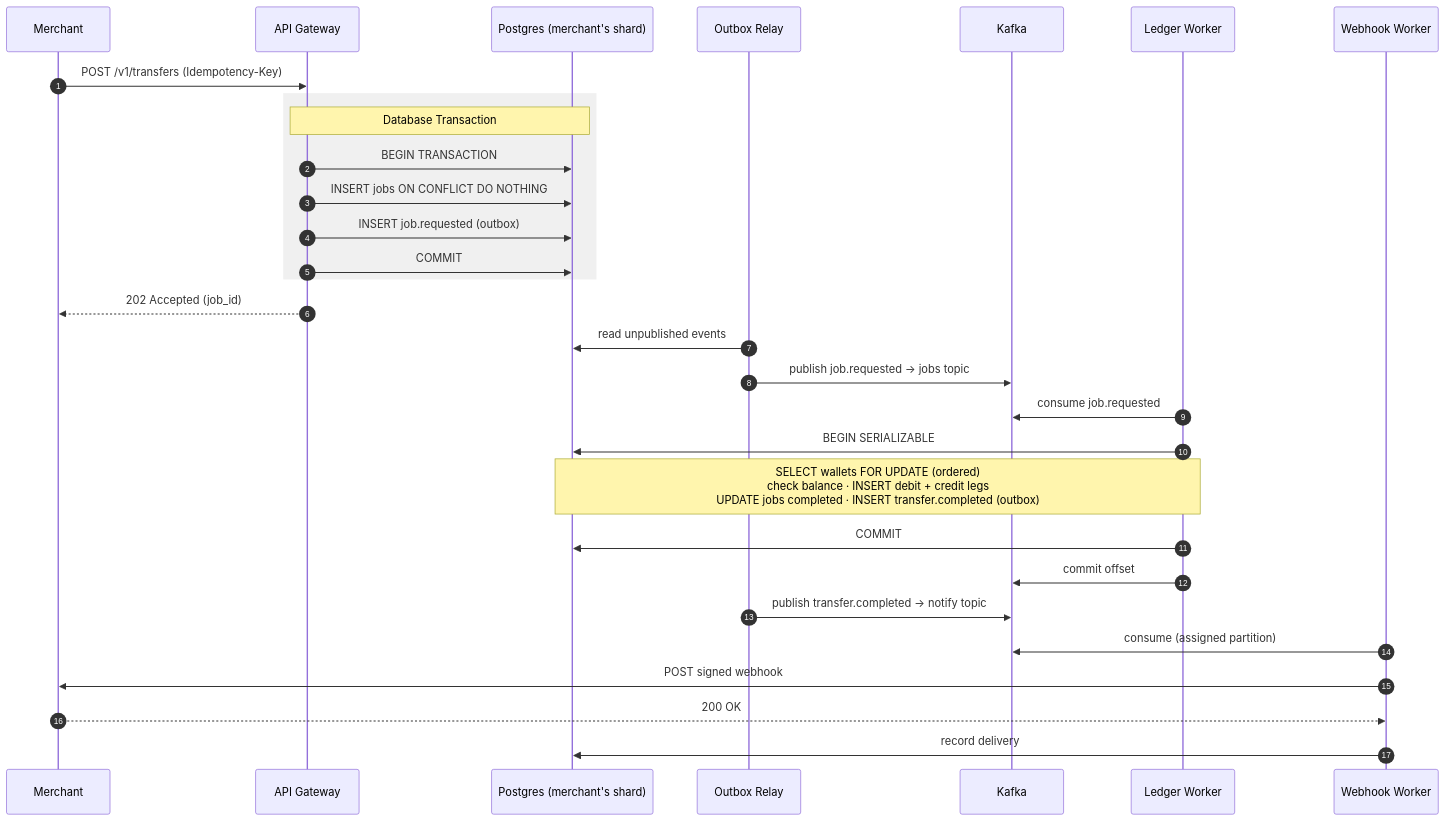
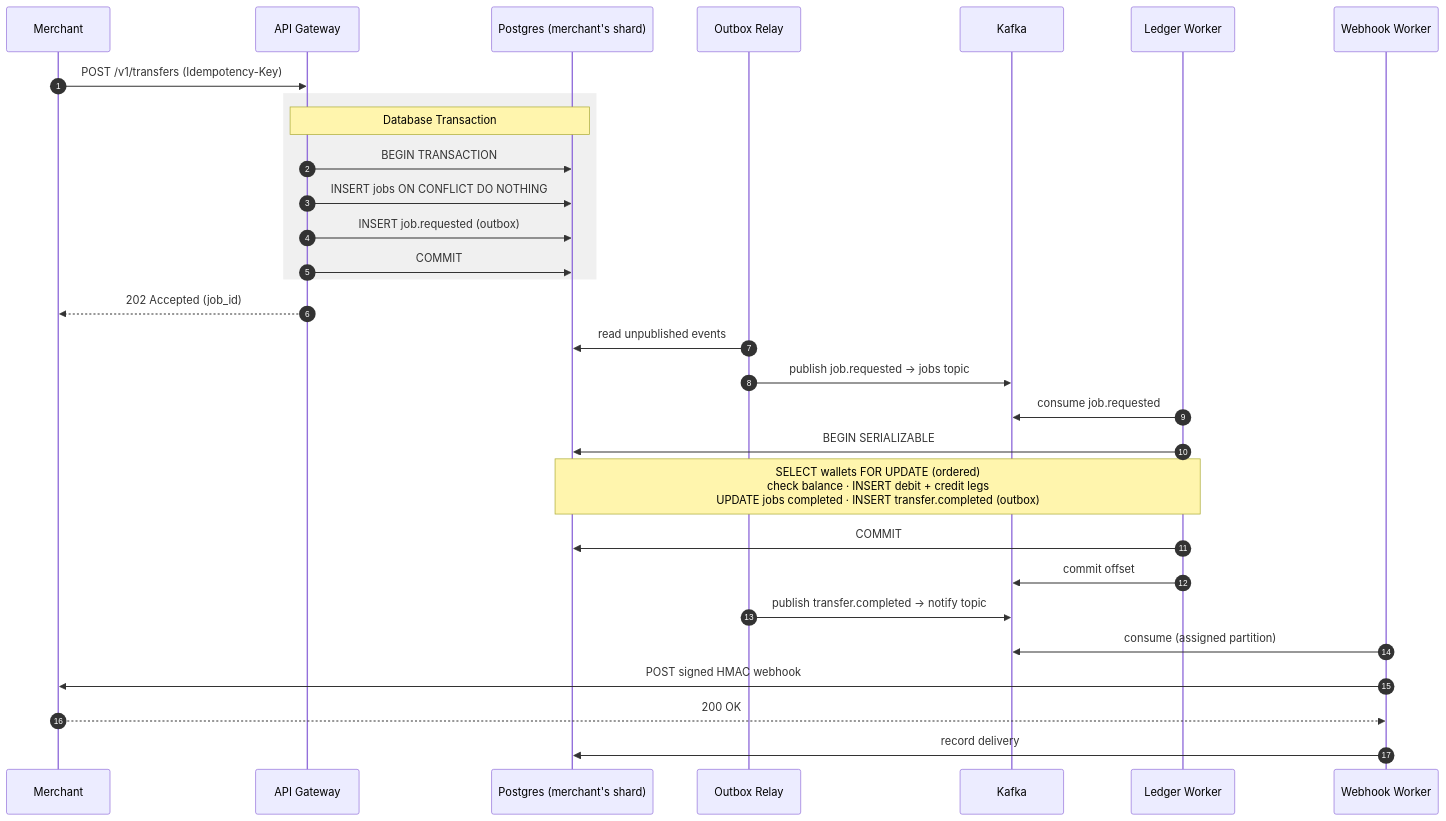
Before and after one commit to Joel-Ajayi/river-rust-queue: the second of 2 diagrams in README.md, drawn with Mermaid. The commit also changed other lines of this file and 151 other files, not shown here.

````diff
--- a/README.md
+++ b/README.md
@@ -133,36 +132,36 @@
 ```mermaid
 sequenceDiagram
     autonumber
     participant M as Merchant
     participant API as API Gateway
     participant DB as Postgres (merchant's shard)
     participant RL as Outbox Relay
     participant K as Kafka
     participant LW as Ledger Worker
     participant WW as Webhook Worker
 
     M->>API: POST /v1/transfers (Idempotency-Key)
     rect rgb(240, 240, 240)
         note over API,DB: Database Transaction
         API->>DB: BEGIN TRANSACTION
         API->>DB: INSERT jobs ON CONFLICT DO NOTHING
         API->>DB: INSERT job.requested (outbox)
         API->>DB: COMMIT
     end
     API-->>M: 202 Accepted (job_id)
 
     RL->>DB: read unpublished events
     RL->>K: publish job.requested → jobs topic
 
     LW->>K: consume job.requested
     LW->>DB: BEGIN SERIALIZABLE
     Note over LW,DB: SELECT wallets FOR UPDATE (ordered)<br/>check balance · INSERT debit + credit legs<br/>UPDATE jobs completed · INSERT transfer.completed (outbox)
     LW->>DB: COMMIT
     LW->>K: commit offset
 
     RL->>K: publish transfer.completed → notify topic
     WW->>K: consume (assigned partition)
-    WW->>M: POST signed webhook
+    WW->>M: POST signed HMAC webhook
     M-->>WW: 200 OK
     WW->>DB: record delivery
 ```
````
